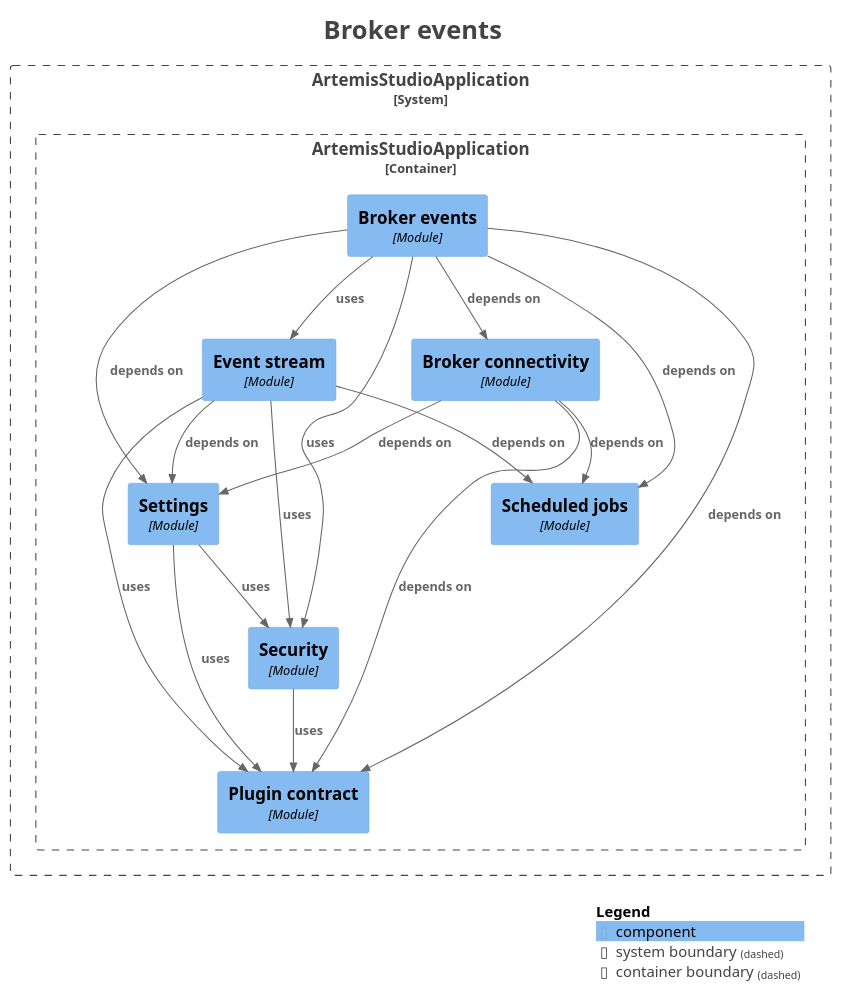
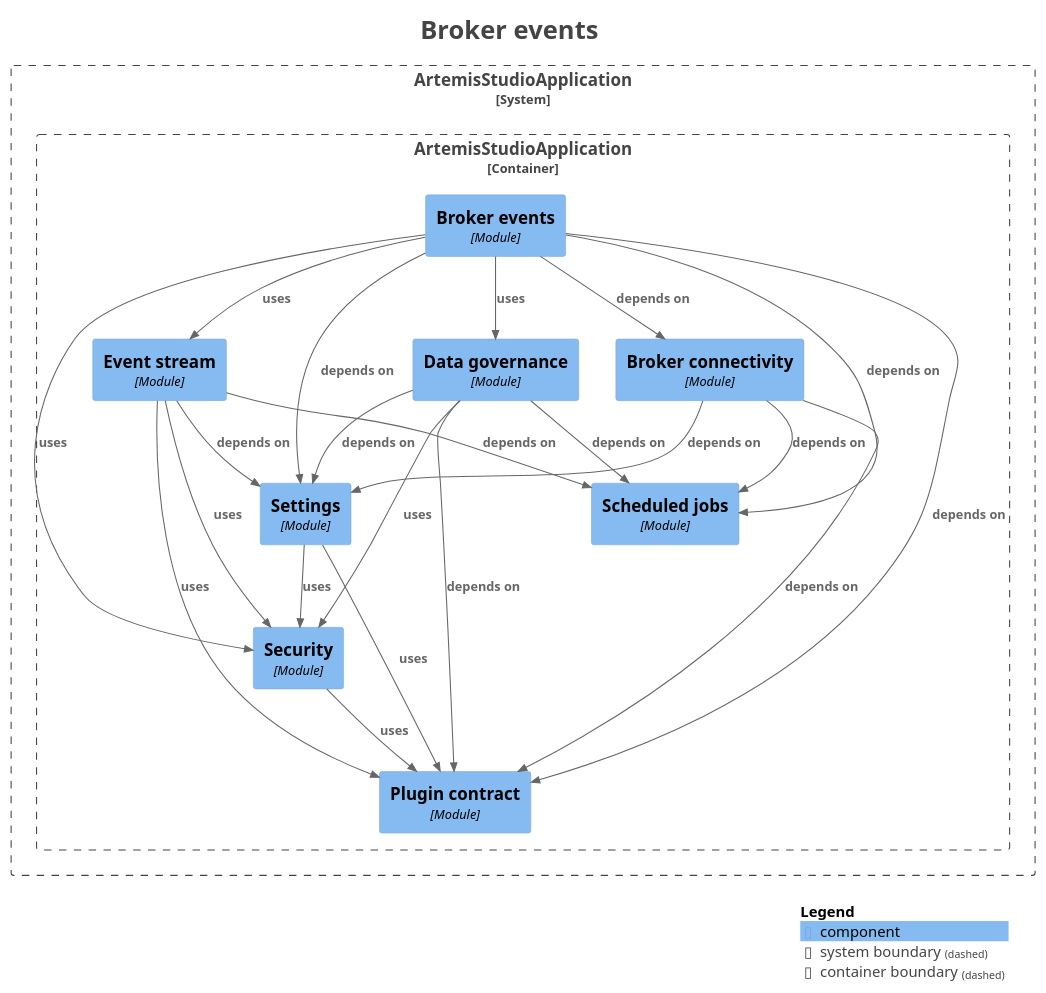
One commit to sudoitir/artemis-studio changed the diagram in docs/modules/module-feature.events.puml. Above: the diagram before and after it, drawn with PlantUML. The commit also changed 54 other files, not shown here.

```diff
--- a/docs/modules/module-feature.events.puml
+++ b/docs/modules/module-feature.events.puml
@@ -1,50 +1,56 @@
 @startuml
 title <size:24>Broker events</size>
 
 set separator none
 top to bottom direction
 
 <style>
   root {
     BackgroundColor: #ffffff
     FontColor: #444444
   }
 </style>
 
 !include <C4/C4>
 !include <C4/C4_Context>
 !include <C4/C4_Component>
 
 System_Boundary("ArtemisStudioApplication_boundary", "ArtemisStudioApplication", $tags="") {
   Container_Boundary("ArtemisStudioApplication.ArtemisStudioApplication_boundary", "ArtemisStudioApplication", $tags="") {
     Component(ArtemisStudioApplication.ArtemisStudioApplication.Settings, "Settings", $techn="Module", $descr="", $tags="", $link="")
     Component(ArtemisStudioApplication.ArtemisStudioApplication.Eventstream, "Event stream", $techn="Module", $descr="", $tags="", $link="")
     Component(ArtemisStudioApplication.ArtemisStudioApplication.Brokerconnectivity, "Broker connectivity", $techn="Module", $descr="", $tags="", $link="")
+    Component(ArtemisStudioApplication.ArtemisStudioApplication.Datagovernance, "Data governance", $techn="Module", $descr="", $tags="", $link="")
     Component(ArtemisStudioApplication.ArtemisStudioApplication.Brokerevents, "Broker events", $techn="Module", $descr="", $tags="", $link="")
     Component(ArtemisStudioApplication.ArtemisStudioApplication.Scheduledjobs, "Scheduled jobs", $techn="Module", $descr="", $tags="", $link="")
     Component(ArtemisStudioApplication.ArtemisStudioApplication.Plugincontract, "Plugin contract", $techn="Module", $descr="", $tags="", $link="")
     Component(ArtemisStudioApplication.ArtemisStudioApplication.Security, "Security", $techn="Module", $descr="", $tags="", $link="")
   }
 
 }
 
 Rel(ArtemisStudioApplication.ArtemisStudioApplication.Brokerconnectivity, ArtemisStudioApplication.ArtemisStudioApplication.Plugincontract, "depends on", $techn="", $tags="", $link="")
 Rel(ArtemisStudioApplication.ArtemisStudioApplication.Brokerconnectivity, ArtemisStudioApplication.ArtemisStudioApplication.Scheduledjobs, "depends on", $techn="", $tags="", $link="")
 Rel(ArtemisStudioApplication.ArtemisStudioApplication.Brokerconnectivity, ArtemisStudioApplication.ArtemisStudioApplication.Settings, "depends on", $techn="", $tags="", $link="")
 Rel(ArtemisStudioApplication.ArtemisStudioApplication.Brokerevents, ArtemisStudioApplication.ArtemisStudioApplication.Brokerconnectivity, "depends on", $techn="", $tags="", $link="")
+Rel(ArtemisStudioApplication.ArtemisStudioApplication.Brokerevents, ArtemisStudioApplication.ArtemisStudioApplication.Datagovernance, "uses", $techn="", $tags="", $link="")
 Rel(ArtemisStudioApplication.ArtemisStudioApplication.Brokerevents, ArtemisStudioApplication.ArtemisStudioApplication.Eventstream, "uses", $techn="", $tags="", $link="")
 Rel(ArtemisStudioApplication.ArtemisStudioApplication.Brokerevents, ArtemisStudioApplication.ArtemisStudioApplication.Plugincontract, "depends on", $techn="", $tags="", $link="")
 Rel(ArtemisStudioApplication.ArtemisStudioApplication.Brokerevents, ArtemisStudioApplication.ArtemisStudioApplication.Scheduledjobs, "depends on", $techn="", $tags="", $link="")
 Rel(ArtemisStudioApplication.ArtemisStudioApplication.Brokerevents, ArtemisStudioApplication.ArtemisStudioApplication.Security, "uses", $techn="", $tags="", $link="")
 Rel(ArtemisStudioApplication.ArtemisStudioApplication.Brokerevents, ArtemisStudioApplication.ArtemisStudioApplication.Settings, "depends on", $techn="", $tags="", $link="")
+Rel(ArtemisStudioApplication.ArtemisStudioApplication.Datagovernance, ArtemisStudioApplication.ArtemisStudioApplication.Plugincontract, "depends on", $techn="", $tags="", $link="")
+Rel(ArtemisStudioApplication.ArtemisStudioApplication.Datagovernance, ArtemisStudioApplication.ArtemisStudioApplication.Scheduledjobs, "depends on", $techn="", $tags="", $link="")
+Rel(ArtemisStudioApplication.ArtemisStudioApplication.Datagovernance, ArtemisStudioApplication.ArtemisStudioApplication.Security, "uses", $techn="", $tags="", $link="")
+Rel(ArtemisStudioApplication.ArtemisStudioApplication.Datagovernance, ArtemisStudioApplication.ArtemisStudioApplication.Settings, "depends on", $techn="", $tags="", $link="")
 Rel(ArtemisStudioApplication.ArtemisStudioApplication.Eventstream, ArtemisStudioApplication.ArtemisStudioApplication.Plugincontract, "uses", $techn="", $tags="", $link="")
 Rel(ArtemisStudioApplication.ArtemisStudioApplication.Eventstream, ArtemisStudioApplication.ArtemisStudioApplication.Scheduledjobs, "depends on", $techn="", $tags="", $link="")
 Rel(ArtemisStudioApplication.ArtemisStudioApplication.Eventstream, ArtemisStudioApplication.ArtemisStudioApplication.Security, "uses", $techn="", $tags="", $link="")
 Rel(ArtemisStudioApplication.ArtemisStudioApplication.Eventstream, ArtemisStudioApplication.ArtemisStudioApplication.Settings, "depends on", $techn="", $tags="", $link="")
 Rel(ArtemisStudioApplication.ArtemisStudioApplication.Security, ArtemisStudioApplication.ArtemisStudioApplication.Plugincontract, "uses", $techn="", $tags="", $link="")
 Rel(ArtemisStudioApplication.ArtemisStudioApplication.Settings, ArtemisStudioApplication.ArtemisStudioApplication.Plugincontract, "uses", $techn="", $tags="", $link="")
 Rel(ArtemisStudioApplication.ArtemisStudioApplication.Settings, ArtemisStudioApplication.ArtemisStudioApplication.Security, "uses", $techn="", $tags="", $link="")
 
 SHOW_LEGEND(true)
 hide stereotypes
 @enduml
```
